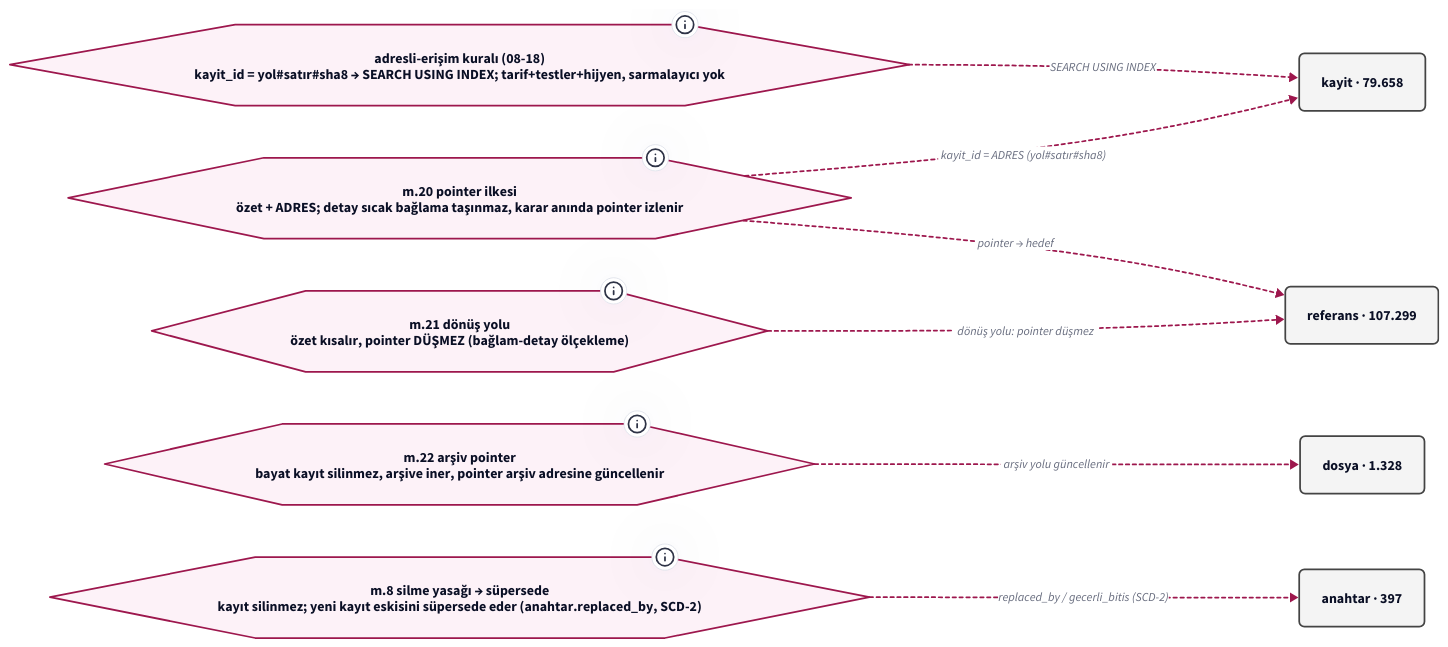
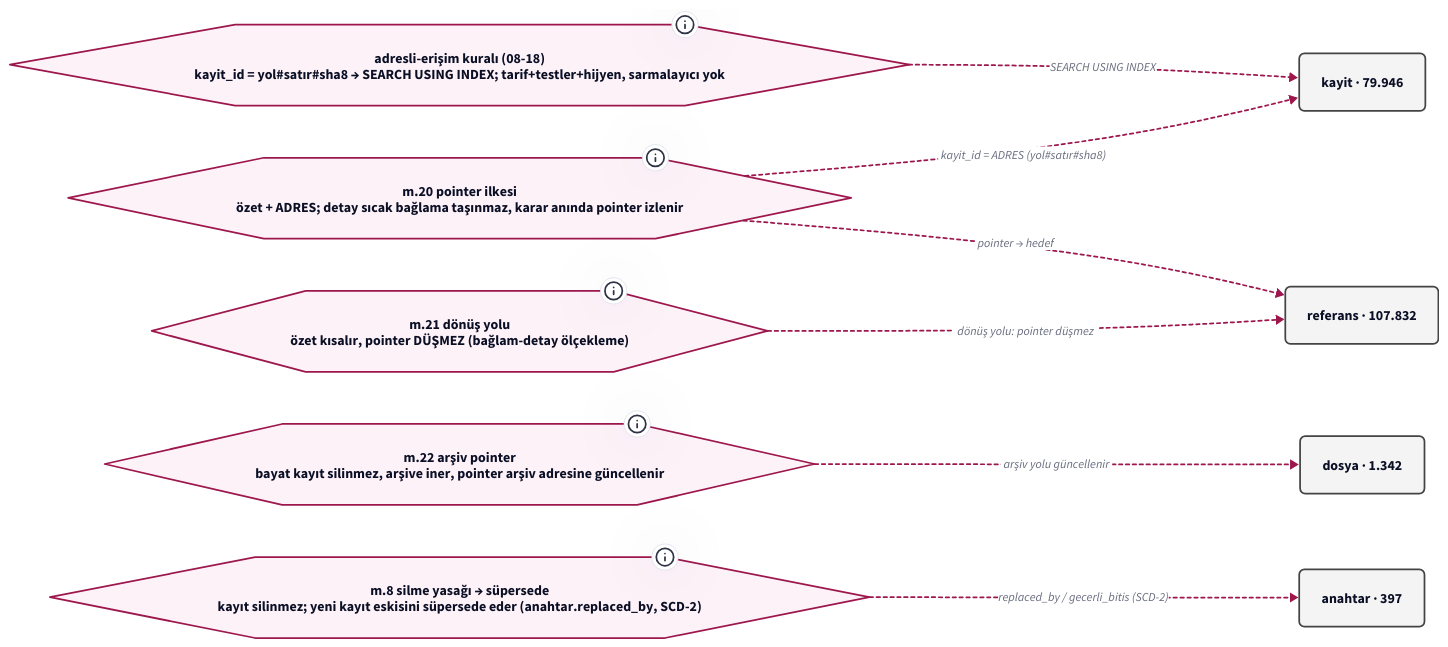
One commit to salihsahinin/sistem changed the diagram in jarvis/graf/pointer-sistemi-v0-ilke.d2. Above: the diagram before and after it, drawn with D2. The commit also changed 74 other files, not shown here.

Commit message:
[icra] Session close 2026-10-31-jarvis: file-architecture lesson prep (three scans distilled: layout canon, teaching method, repo structure inventory), oda mod private repo, session record, flow graph, movement log, silver health, memory mirror

```diff
--- a/jarvis/graf/pointer-sistemi-v0-ilke.d2
+++ b/jarvis/graf/pointer-sistemi-v0-ilke.d2
@@ -1,33 +1,33 @@
 # Jarvis POINTER SİSTEMİ — POINTER İLKESİ → MEKANİZMA (pano 3/4) (türetilmiş görünüm; ham kaynak silver/bronz)
-# üretici: tools/pointer-graf.py · silver 768620f · HEAD 768620f · d2 v0.9.0 · render: d2 --layout=elk (ELK bundled; TALA girmez; determinizm yerel sha256 ile ölçülür — Karar 65)
+# üretici: tools/pointer-graf.py · silver c4e4f71 · HEAD c4e4f71 · d2 v0.9.0 · render: d2 --layout=elk (ELK bundled; TALA girmez; determinizm yerel sha256 ile ölçülür — Karar 65)
 # içerik katmanı: düğüm/kenar = silver'dan script türetimi (LLM yazmaz); ilke/kronoloji = kanon SABİTİ (pointer'lı, script içinde); yorum katmanı = bu # satırları
 direction: right
 classes: {
   kutu: { style: { fill: "#F4F4F4"; stroke: "#444444"; font-size: 16; border-radius: 6 } }
   pointer: { style: { fill: "#E8F0FE"; stroke: "#1A56DB"; border-radius: 6 } }
   anahtar: { style: { fill: "#FFF4E5"; stroke: "#B45309"; border-radius: 6 } }
   hat: { style: { fill: "#ECFDF5"; stroke: "#047857"; bold: true; border-radius: 6 } }
   ilke: { shape: hexagon; style: { fill: "#FDF2F8"; stroke: "#9D174D" } }
   kron: { shape: page; style: { fill: "#FFFFFF"; stroke: "#6B7280" } }
   dis: { shape: cloud; style: { fill: "#FAFAFA"; stroke: "#9CA3AF" } }
   kirik: { style: { stroke: "#DC2626"; stroke-dash: 3; font-size: 14 } }
   supersede: { style: { stroke: "#B45309"; stroke-dash: 5 } }
   fk: { style: { stroke: "#444444"; font-size: 14 } }
   turetir: { style: { stroke: "#047857"; stroke-width: 3 } }
   uygular: { style: { stroke: "#9D174D"; stroke-dash: 2; font-size: 14 } }
 }
 adres: "adresli-erişim kuralı (08-18)\nkayit_id = yol#satır#sha8 → SEARCH USING INDEX; tarif+testler+hijyen, sarmalayıcı yok" { class: ilke; tooltip: "KILAVUZ.md tasarım-ilkeleri · kuyruk/senaryo-defteri.md Karar 62" }
 m20: "m.20 pointer ilkesi\nözet + ADRES; detay sıcak bağlama taşınmaz, karar anında pointer izlenir" { class: ilke; tooltip: "core/tuzuk-v0.md m.20 · wiki/pointer-sistemi.md" }
 m21: "m.21 dönüş yolu\nözet kısalır, pointer DÜŞMEZ (bağlam-detay ölçekleme)" { class: ilke; tooltip: "core/tuzuk-v0.md m.21" }
 m22: "m.22 arşiv pointer\nbayat kayıt silinmez, arşive iner, pointer arşiv adresine güncellenir" { class: ilke; tooltip: "core/tuzuk-v0.md m.22" }
 m8: "m.8 silme yasağı → süpersede\nkayıt silinmez; yeni kayıt eskisini süpersede eder (anahtar.replaced_by, SCD-2)" { class: ilke; tooltip: "core/tuzuk-v0.md m.8 · core/baglam-anahtar-kaydi.md §3" }
-kayit: "kayit · 79.658" { class: kutu }
-referans: "referans · 107.299" { class: kutu }
-dosya: "dosya · 1.328" { class: kutu }
+kayit: "kayit · 79.946" { class: kutu }
+referans: "referans · 107.832" { class: kutu }
+dosya: "dosya · 1.342" { class: kutu }
 anahtar: "anahtar · 397" { class: kutu }
 adres -> kayit: "SEARCH USING INDEX" { class: uygular }
 m20 -> kayit: "kayit_id = ADRES (yol#satır#sha8)" { class: uygular }
 m20 -> referans: "pointer → hedef" { class: uygular }
 m21 -> referans: "dönüş yolu: pointer düşmez" { class: uygular }
 m22 -> dosya: "arşiv yolu güncellenir" { class: uygular }
 m8 -> anahtar: "replaced_by / gecerli_bitis (SCD-2)" { class: uygular }
```
